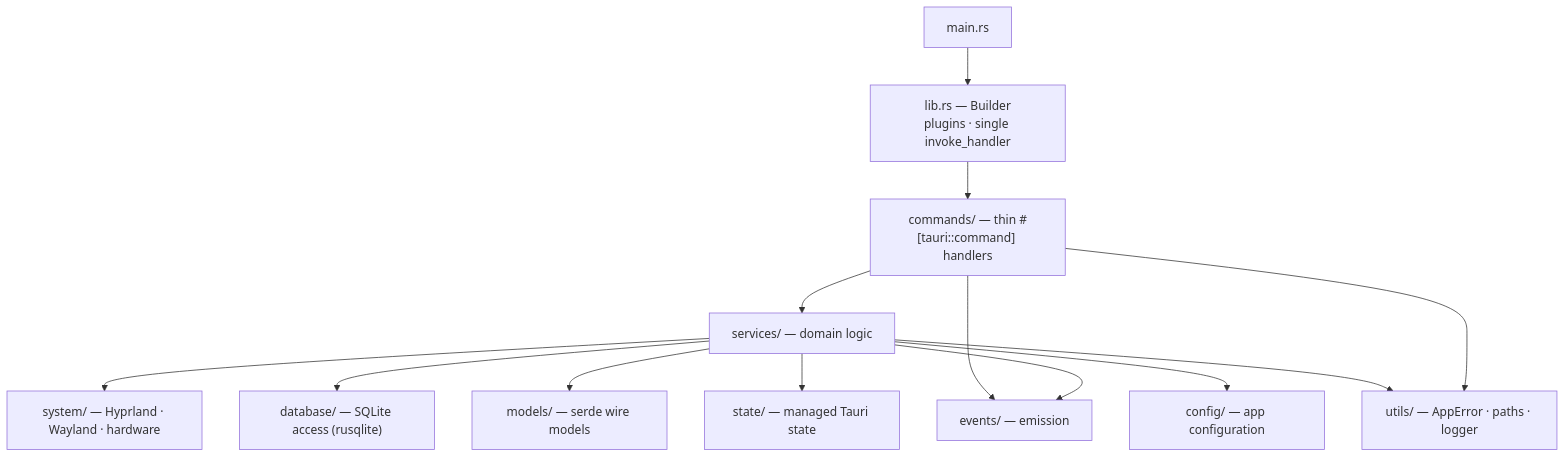
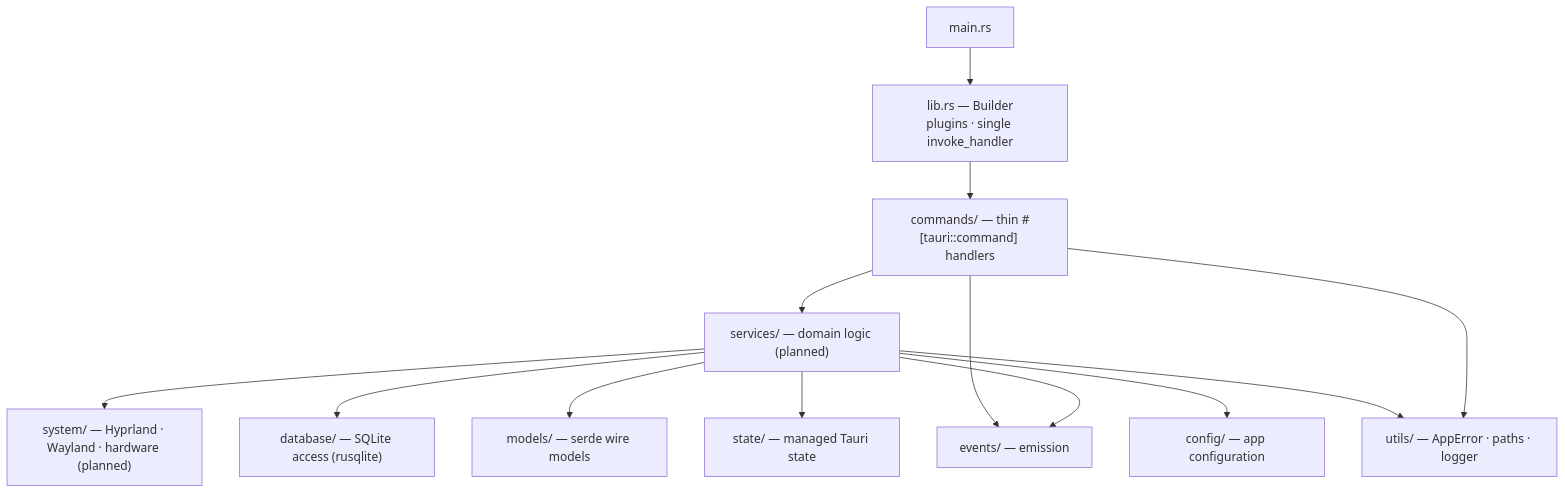
One commit to moughamir/dex changed the first of 2 diagrams in docs/20-architecture/22_Backend.md. Above: the diagram before and after it, drawn with Mermaid. The commit also changed other lines of this file and 36 other files, not shown here.

````diff
--- a/docs/20-architecture/22_Backend.md
+++ b/docs/20-architecture/22_Backend.md
@@ -35,15 +35,15 @@
 ```mermaid
 flowchart TD
     MAIN["main.rs"] --> LIB["lib.rs — Builder<br/>plugins · single invoke_handler"]
     LIB --> CMD["commands/ — thin #[tauri::command] handlers"]
-    CMD --> SVC["services/ — domain logic"]
-    SVC --> SYS["system/ — Hyprland · Wayland · hardware"]
+    CMD --> SVC["services/ — domain logic (planned)"]
+    SVC --> SYS["system/ — Hyprland · Wayland · hardware (planned)"]
     SVC --> DB["database/ — SQLite access (rusqlite)"]
     SVC --> EV["events/ — emission"]
     CMD --> EV
     SVC --> MOD["models/ — serde wire models"]
     SVC --> ST["state/ — managed Tauri state"]
     SVC --> CFG["config/ — app configuration"]
     CMD --> ERR["utils/ — AppError · paths · logger"]
     SVC --> ERR
 ```
````
